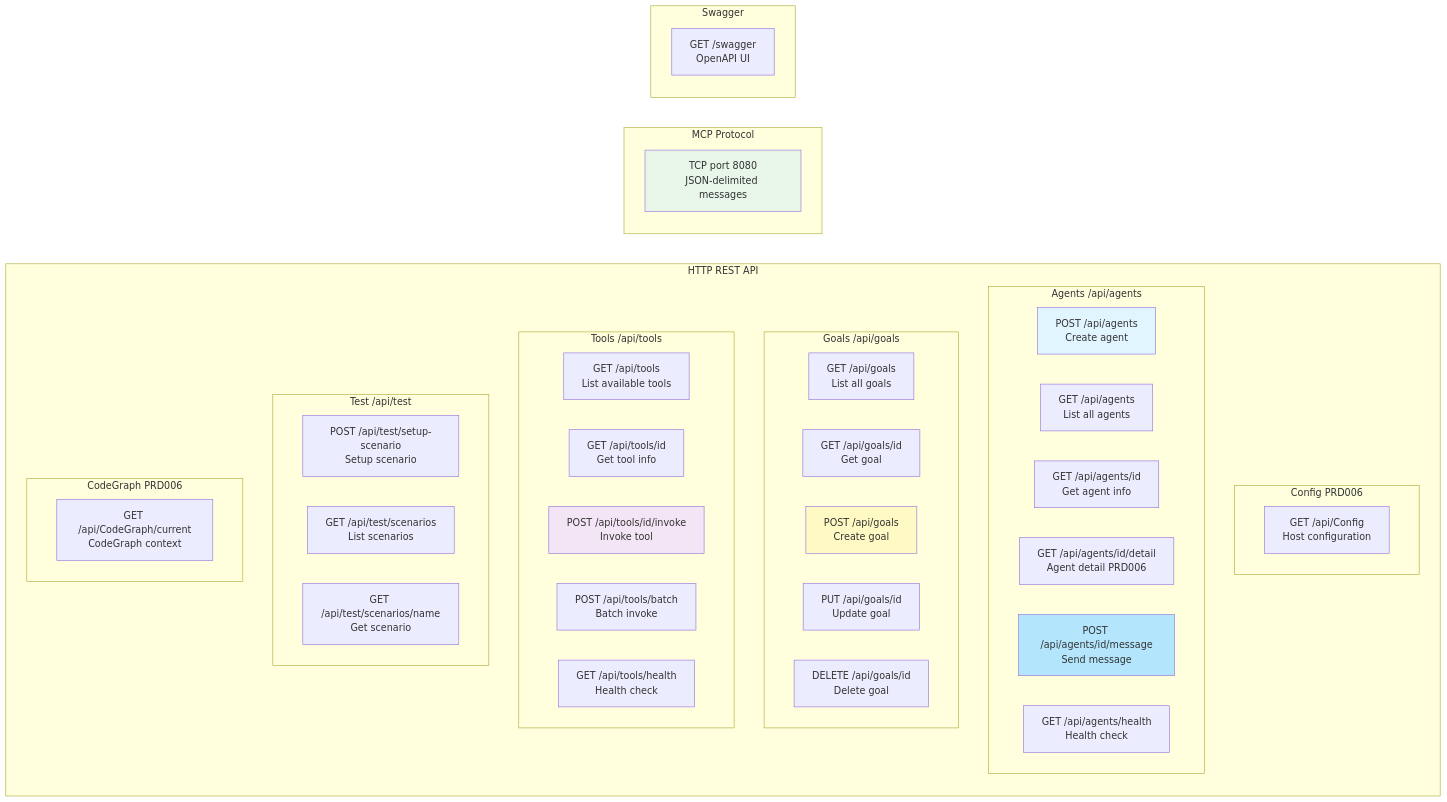
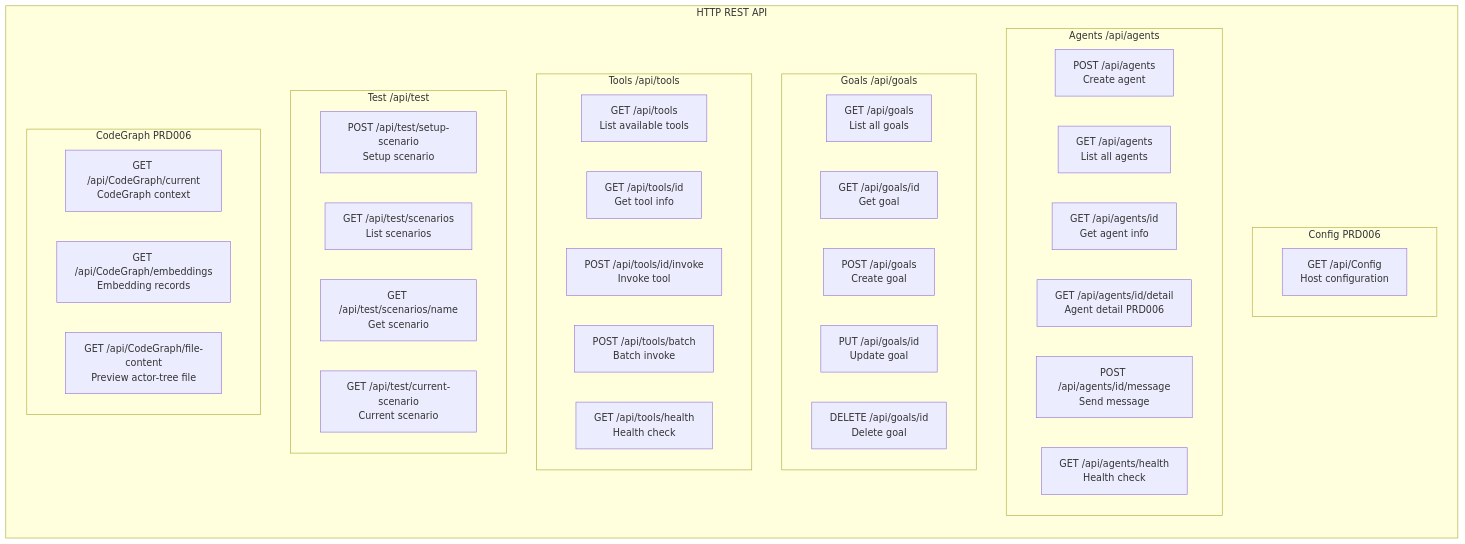
One commit to rahamohebbi/Agctor changed the diagram in AgctorSDK.Host/docs/endpoints-diagram.mmd. Above: the diagram before and after it, drawn with Mermaid. The commit also changed 28 other files, not shown here.

First line of the commit message:
Updates documentation and diagrams for embedding coordination and dashboard features

```diff
--- a/AgctorSDK.Host/docs/endpoints-diagram.mmd
+++ b/AgctorSDK.Host/docs/endpoints-diagram.mmd
@@ -1,55 +1,44 @@
 graph LR
     subgraph "HTTP REST API"
         subgraph "Config PRD006"
             GetConfig["GET /api/Config<br/>Host configuration"]
         end
 
         subgraph "Agents /api/agents"
             CreateAgent["POST /api/agents<br/>Create agent"]
             ListAgents["GET /api/agents<br/>List all agents"]
             GetAgent["GET /api/agents/id<br/>Get agent info"]
             GetAgentDetail["GET /api/agents/id/detail<br/>Agent detail PRD006"]
             SendMsg["POST /api/agents/id/message<br/>Send message"]
             AgentHealth["GET /api/agents/health<br/>Health check"]
         end
 
         subgraph "Goals /api/goals"
             ListGoals["GET /api/goals<br/>List all goals"]
             GetGoal["GET /api/goals/id<br/>Get goal"]
             CreateGoal["POST /api/goals<br/>Create goal"]
             UpdateGoal["PUT /api/goals/id<br/>Update goal"]
             DeleteGoal["DELETE /api/goals/id<br/>Delete goal"]
         end
 
         subgraph "Tools /api/tools"
             ListTools["GET /api/tools<br/>List available tools"]
             GetTool["GET /api/tools/id<br/>Get tool info"]
             InvokeTool["POST /api/tools/id/invoke<br/>Invoke tool"]
             BatchInvoke["POST /api/tools/batch<br/>Batch invoke"]
             ToolHealth["GET /api/tools/health<br/>Health check"]
         end
 
         subgraph "Test /api/test"
             SetupScenario["POST /api/test/setup-scenario<br/>Setup scenario"]
             ListScenarios["GET /api/test/scenarios<br/>List scenarios"]
             GetScenario["GET /api/test/scenarios/name<br/>Get scenario"]
+            CurrentScenario["GET /api/test/current-scenario<br/>Current scenario"]
         end
 
         subgraph "CodeGraph PRD006"
             GetCodeGraph["GET /api/CodeGraph/current<br/>CodeGraph context"]
+            GetEmbeddings["GET /api/CodeGraph/embeddings<br/>Embedding records"]
+            GetFileContent["GET /api/CodeGraph/file-content<br/>Preview actor-tree file"]
         end
     end
-
-    subgraph "MCP Protocol"
-        McpTcp["TCP port 8080<br/>JSON-delimited messages"]
-    end
-
-    subgraph "Swagger"
-        SwaggerUI["GET /swagger<br/>OpenAPI UI"]
-    end
-
-    style CreateAgent fill:#e1f5ff
-    style SendMsg fill:#b3e5fc
-    style CreateGoal fill:#fff9c4
-    style InvokeTool fill:#f3e5f5
-    style McpTcp fill:#e8f5e9
```
